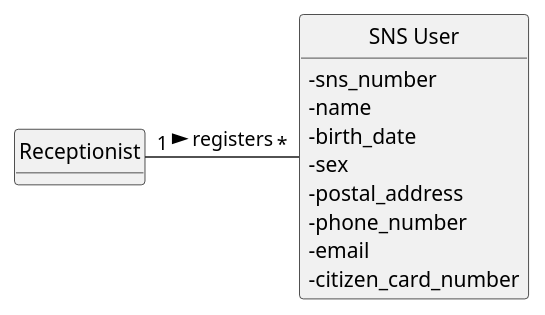
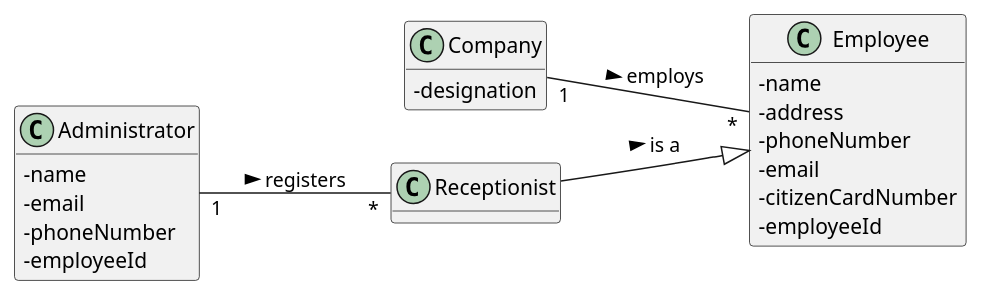
Before and after one commit to afonso51111/leti-esoft-25-26-A33: the diagram in project-template/docs/sprint3/US20/puml/US20-MD.puml, drawn with PlantUML. The commit also changed 201 other files, not shown here.

```diff
--- a/project-template/docs/sprint3/US20/puml/US20-MD.puml
+++ b/project-template/docs/sprint3/US20/puml/US20-MD.puml
@@ -1,22 +1,35 @@
 @startuml
-hide circle
 hide methods
+left to right direction
 skinparam classAttributeIconSize 0
 
-class Receptionist {
+class Company {
+  - designation
 }
 
-class "SNS User" {
-  - sns_number
+class Administrator {
   - name
-  - birth_date
-  - sex
-  - postal_address
-  - phone_number
   - email
-  - citizen_card_number
+  - phoneNumber
+  - employeeId
 }
 
-Receptionist "1" -right-- "*" "SNS User": registers >
+class Employee {
+  - name
+  - address
+  - phoneNumber
+  - email
+  - citizenCardNumber
+  - employeeId
+}
+
+class Receptionist {
+  ' Herda atributos de Employee
+}
+
+' Relações
+Company "1" -- "*" Employee : employs >
+Administrator "1" -- "*" Receptionist : registers >
+Receptionist --|> Employee : is a >
 
 @enduml
```
